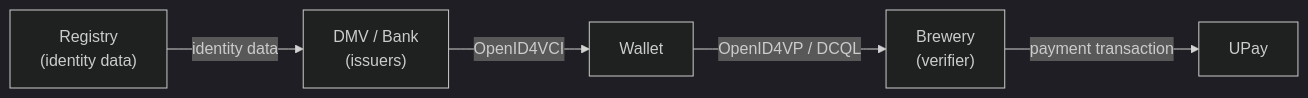
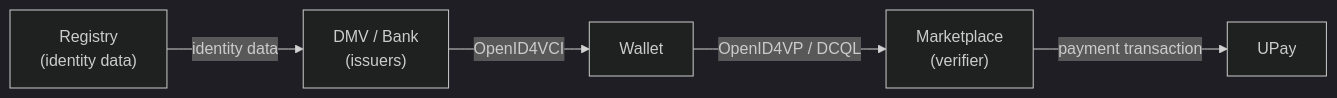
Before and after one commit to openwallet-foundation/multipaz-developer-website: the diagram in codelabs/utopia-universe-servers-codelab/0-before-you-begin.md, drawn with Mermaid (dark theme). The commit also changed other lines of this file and 7 other files, not shown here.

Commit message:
migrate utopia brewery to utopia marketplace (#85)

````diff
--- a/codelabs/utopia-universe-servers-codelab/0-before-you-begin.md
+++ b/codelabs/utopia-universe-servers-codelab/0-before-you-begin.md
@@ -26,13 +26,13 @@
 ```mermaid
 flowchart LR;
     Registry["Registry<br/>(identity data)"]
     Issuer["DMV / Bank<br/>(issuers)"]
     Wallet["Wallet"]
-    Brewery["Brewery<br/>(verifier)"]
+    Marketplace["Marketplace<br/>(verifier)"]
     UPay["UPay"]
 
     Registry -->|identity data| Issuer
     Issuer -->|OpenID4VCI| Wallet
-    Wallet -->|OpenID4VP / DCQL| Brewery
-    Brewery -->|payment transaction| UPay
+    Wallet -->|OpenID4VP / DCQL| Marketplace
+    Marketplace -->|payment transaction| UPay
 ```
````
